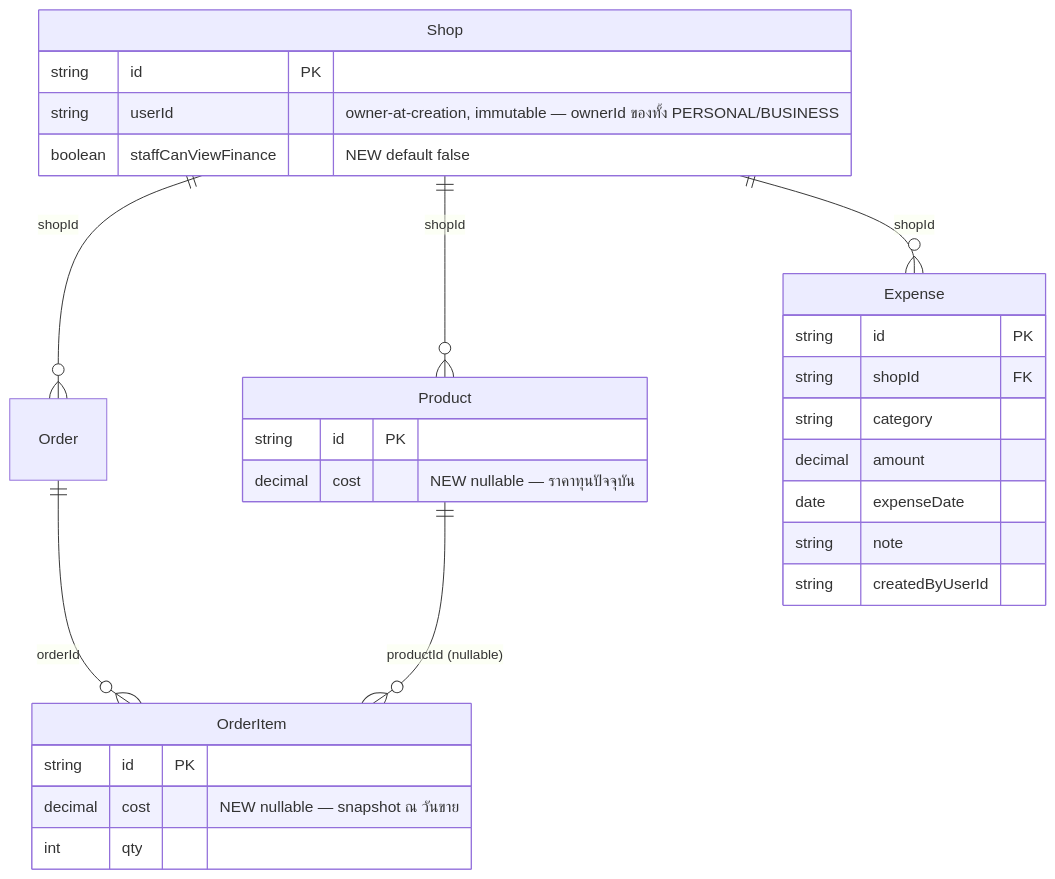
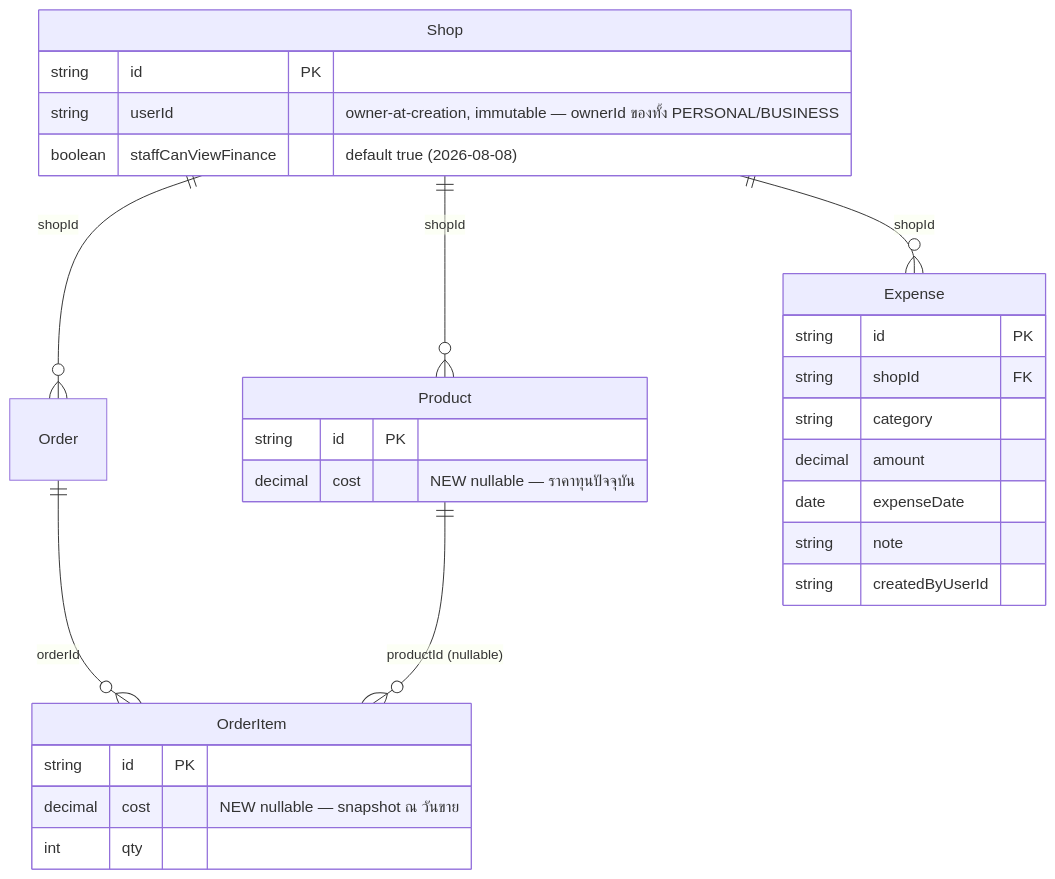
One commit to CodeCooLTH/deep-web changed the third of 3 diagrams in docs/20 - Features/00016 - Expense & Cost Tracking/SRS.md. Above: the diagram before and after it, drawn with Mermaid. The commit also changed other lines of this file and 7 other files, not shown here.

````diff
--- a/docs/20 - Features/00016 - Expense & Cost Tracking/SRS.md
+++ b/docs/20 - Features/00016 - Expense & Cost Tracking/SRS.md
@@ -290,32 +290,32 @@
 ```mermaid
 erDiagram
     Shop ||--o{ Product : "shopId"
     Shop ||--o{ Order : "shopId"
     Shop ||--o{ Expense : "shopId"
     Order ||--o{ OrderItem : "orderId"
     Product ||--o{ OrderItem : "productId (nullable)"
 
     Shop {
         string id PK
         string userId "owner-at-creation, immutable — ownerId ของทั้ง PERSONAL/BUSINESS"
-        boolean staffCanViewFinance "NEW default false"
+        boolean staffCanViewFinance "default true (2026-08-08)"
     }
     Product {
         string id PK
         decimal cost "NEW nullable — ราคาทุนปัจจุบัน"
     }
     OrderItem {
         string id PK
         decimal cost "NEW nullable — snapshot ณ วันขาย"
         int qty
     }
     Expense {
         string id PK
         string shopId FK
         string category
         decimal amount
         date expenseDate
         string note
         string createdByUserId
     }
 ```
````
